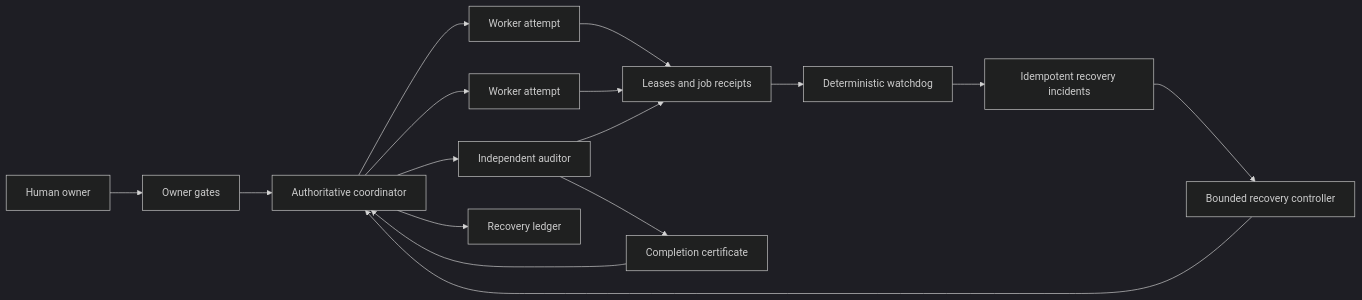
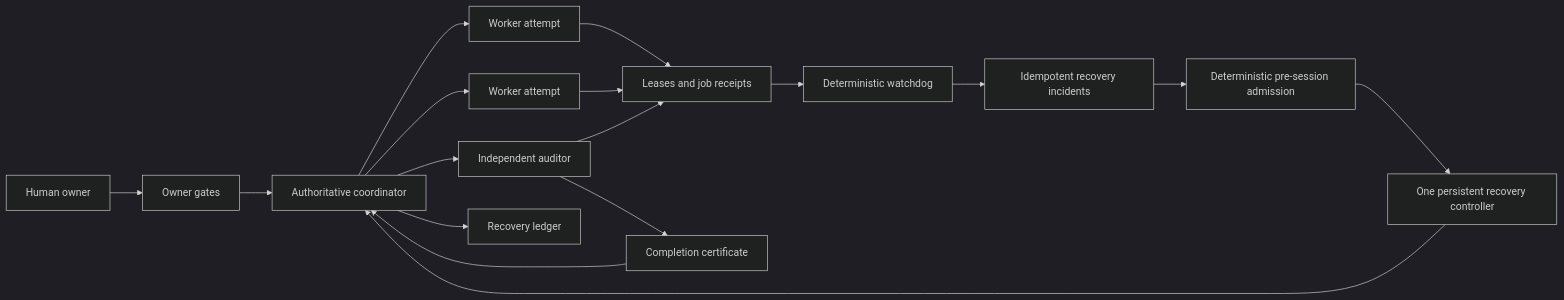
Before and after one commit to razumv/craft-protocol: the diagram in README.md, drawn with Mermaid (dark theme). The commit also changed other lines of this file and 13 other files, not shown here.

First line of the commit message:
Add deterministic pre-session recovery admission

````diff
--- a/README.md
+++ b/README.md
@@ -29,18 +29,19 @@
 ```mermaid
 graph LR
     O[Human owner] --> G[Owner gates]
     G --> C[Authoritative coordinator]
     C --> W1[Worker attempt]
     C --> W2[Worker attempt]
     C --> A[Independent auditor]
     W1 --> L[Leases and job receipts]
     W2 --> L
     A --> L
     L --> D[Deterministic watchdog]
     D --> I[Idempotent recovery incidents]
-    I --> H[Bounded recovery controller]
+    I --> P[Deterministic pre-session admission]
+    P --> H[One persistent recovery controller]
     H --> C
     C --> R[Recovery ledger]
     A --> X[Completion certificate]
     X --> C
 ```
````
